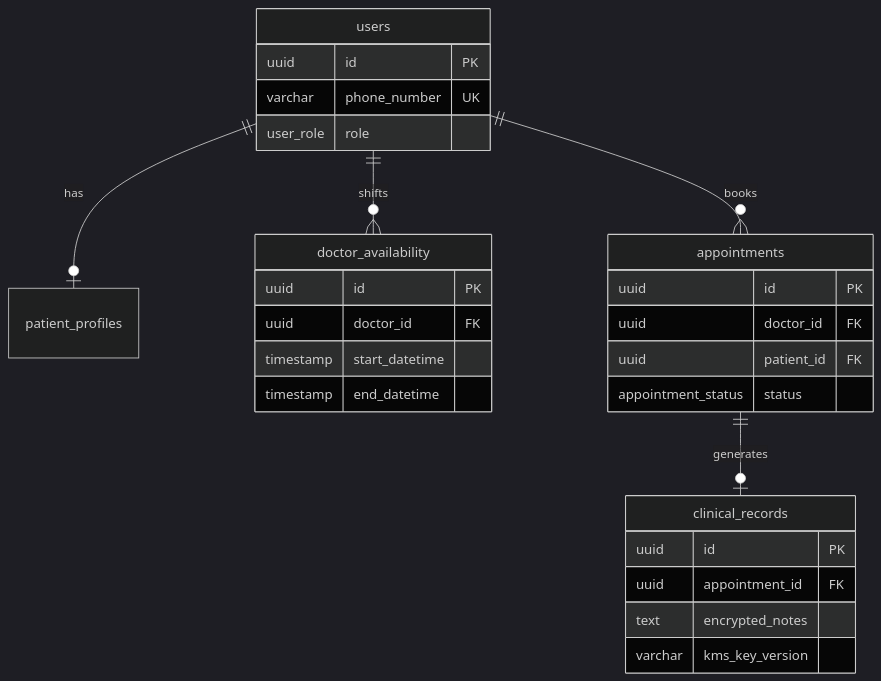
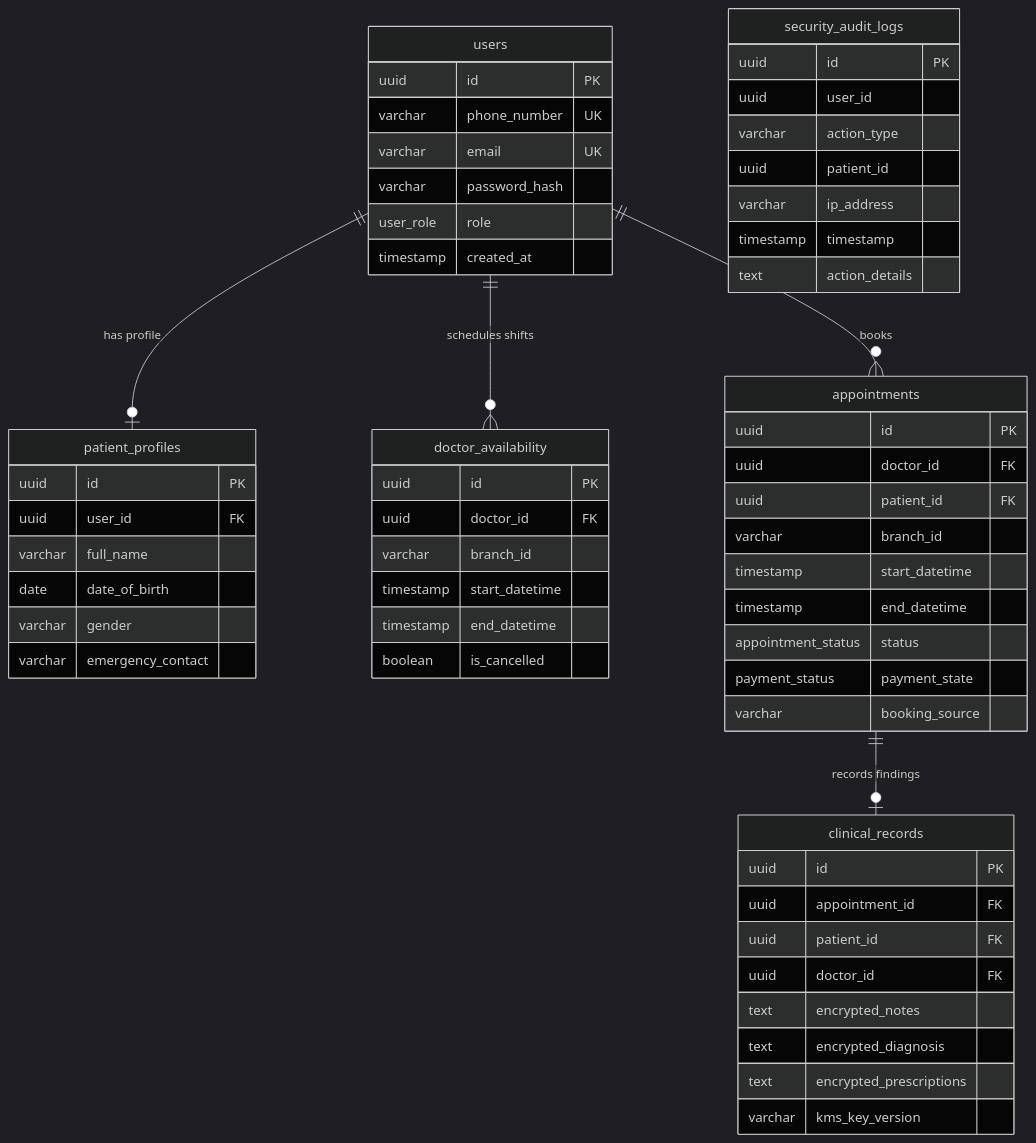
Before and after one commit to eecheonwu/cmp: the second of 3 diagrams in implementation-plan.md, drawn with Mermaid (dark theme). The commit also changed other lines of this file and 3 other files, not shown here.

````diff
--- a/implementation-plan.md
+++ b/implementation-plan.md
@@ -90,31 +74,67 @@
 ```mermaid
 erDiagram
-    users ||--o| patient_profiles : "has"
-    users ||--o{ doctor_availability : "shifts"
-    users ||--o{ appointments : "books"
-    appointments ||--o| clinical_records : "generates"
-    
     users {
         uuid id PK
         varchar phone_number UK
+        varchar email UK
+        varchar password_hash
         user_role role
+        timestamp created_at
     }
+
+    patient_profiles {
+        uuid id PK
+        uuid user_id FK
+        varchar full_name
+        date date_of_birth
+        varchar gender
+        varchar emergency_contact
+    }
+
     doctor_availability {
         uuid id PK
         uuid doctor_id FK
+        varchar branch_id
         timestamp start_datetime
         timestamp end_datetime
+        boolean is_cancelled
     }
+
     appointments {
         uuid id PK
         uuid doctor_id FK
         uuid patient_id FK
+        varchar branch_id
+        timestamp start_datetime
+        timestamp end_datetime
         appointment_status status
+        payment_status payment_state
+        varchar booking_source
     }
+
     clinical_records {
         uuid id PK
         uuid appointment_id FK
+        uuid patient_id FK
+        uuid doctor_id FK
         text encrypted_notes
+        text encrypted_diagnosis
+        text encrypted_prescriptions
         varchar kms_key_version
     }
+
+    security_audit_logs {
+        uuid id PK
+        uuid user_id
+        varchar action_type
+        uuid patient_id
+        varchar ip_address
+        timestamp timestamp
+        text action_details
+    }
+
+    users ||--o| patient_profiles : "has profile"
+    users ||--o{ doctor_availability : "schedules shifts"
+    users ||--o{ appointments : "books"
+    appointments ||--o| clinical_records : "records findings"
 ```
````
